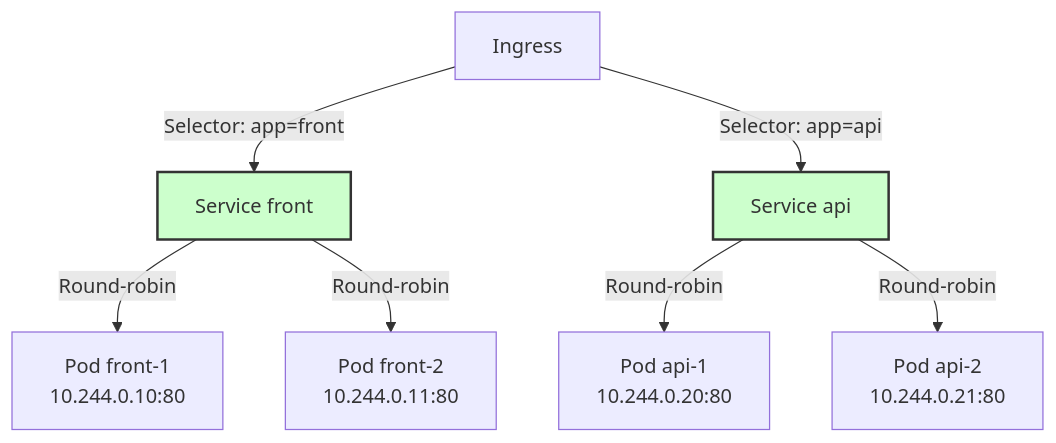
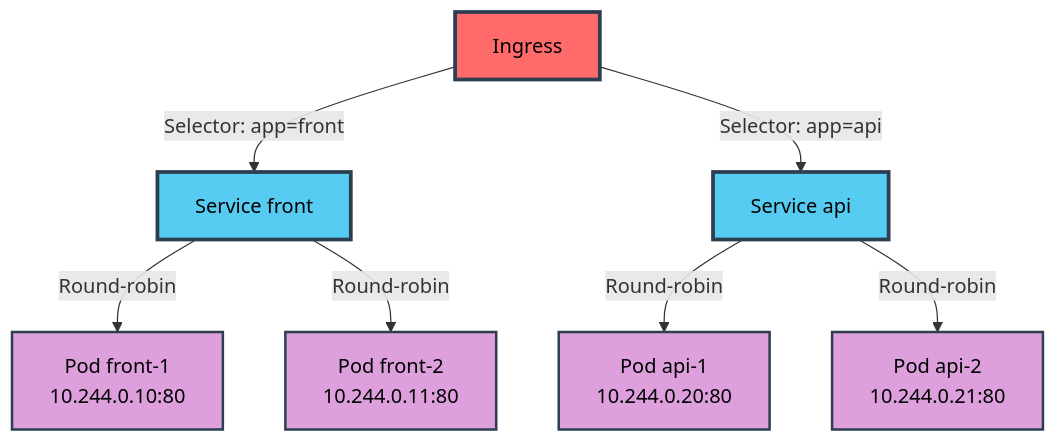
Before and after one commit to MPFabio/S4-Ingress-TLS-Config-Secrets: the fifth of 9 diagrams in docs/ARCHITECTURE.md, drawn with Mermaid. The commit also changed other lines of this file, not shown here.

Commit message:
Modernisation des diagrammes - Palette de couleurs vibrantes

````diff
--- a/docs/ARCHITECTURE.md
+++ b/docs/ARCHITECTURE.md
@@ -125,14 +136,19 @@
 ```mermaid
 flowchart TB
     Ingress[Ingress] -->|Selector: app=front| SvcFront[Service front]
     Ingress -->|Selector: app=api| SvcApi[Service api]
     
     SvcFront -->|Round-robin| P1[Pod front-1<br/>10.244.0.10:80]
     SvcFront -->|Round-robin| P2[Pod front-2<br/>10.244.0.11:80]
     
     SvcApi -->|Round-robin| P3[Pod api-1<br/>10.244.0.20:80]
     SvcApi -->|Round-robin| P4[Pod api-2<br/>10.244.0.21:80]
     
-    style SvcFront fill:#cfc,stroke:#333,stroke-width:2px
-    style SvcApi fill:#cfc,stroke:#333,stroke-width:2px
+    style SvcFront fill:#56CCF2,stroke:#2C3E50,stroke-width:3px,color:#000
+    style SvcApi fill:#56CCF2,stroke:#2C3E50,stroke-width:3px,color:#000
+    style Ingress fill:#FF6B6B,stroke:#2C3E50,stroke-width:3px,color:#000
+    style P1 fill:#DDA0DD,stroke:#2C3E50,stroke-width:2px,color:#000
+    style P2 fill:#DDA0DD,stroke:#2C3E50,stroke-width:2px,color:#000
+    style P3 fill:#DDA0DD,stroke:#2C3E50,stroke-width:2px,color:#000
+    style P4 fill:#DDA0DD,stroke:#2C3E50,stroke-width:2px,color:#000
 ```
````
